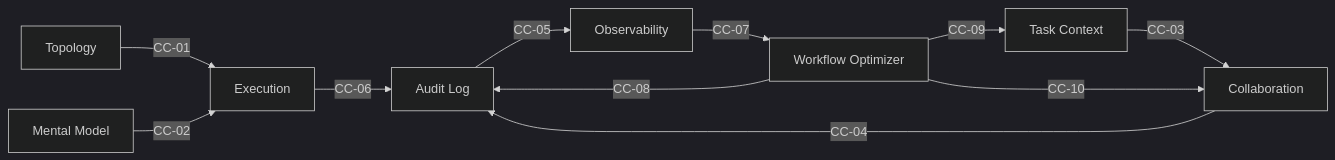
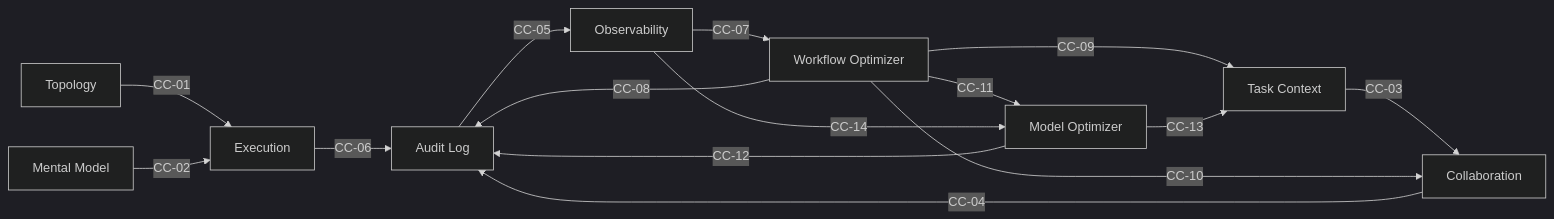
The second of 2 diagrams in docs/pipelines.md (WMJOON/multi-swarm-orchestrator), drawn with Mermaid (dark theme) before and after one commit. The commit also changed other lines of this file and 19 other files, not shown here.

First line of the commit message:
feat(v0.0.10): Smart Tool Factory — mso-model-optimizer + Automation Escalation 테스트 환경

````diff
--- a/docs/pipelines.md
+++ b/docs/pipelines.md
@@ -56,15 +58,20 @@
 ```mermaid
 flowchart LR
     Topology -- CC-01 --> Execution
     MentalModel["Mental Model"] -- CC-02 --> Execution
     Execution -- CC-06 --> AuditLog["Audit Log"]
 
     TaskContext["Task Context"] -- CC-03 --> Collaboration
     Collaboration -- CC-04 --> AuditLog
     AuditLog -- CC-05 --> Observability
 
     Observability -- CC-07 --> Optimizer["Workflow Optimizer"]
     Optimizer -- CC-08 --> AuditLog
     Optimizer -- CC-09 --> TaskContext
     Optimizer -- CC-10 --> Collaboration
+
+    Optimizer -- CC-11 --> ModelOpt["Model Optimizer"]
+    ModelOpt -- CC-12 --> AuditLog
+    ModelOpt -- CC-13 --> TaskContext
+    Observability -- CC-14 --> ModelOpt
 ```
````
